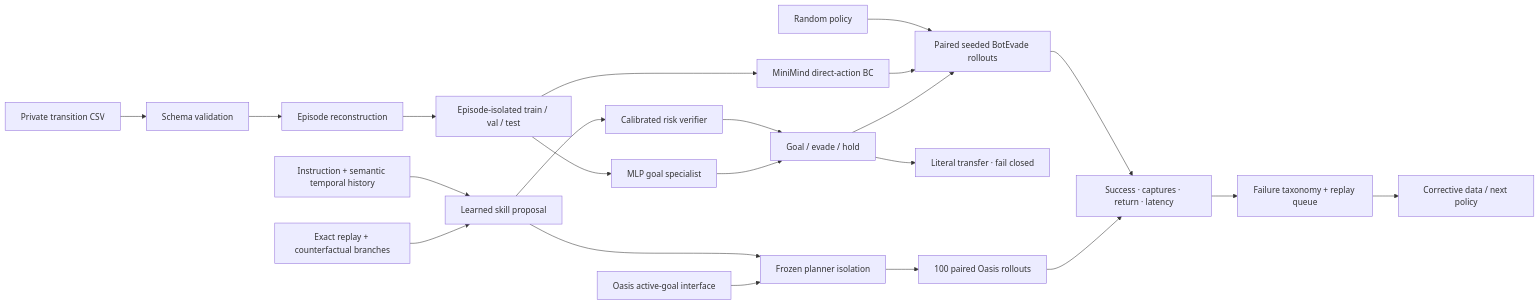
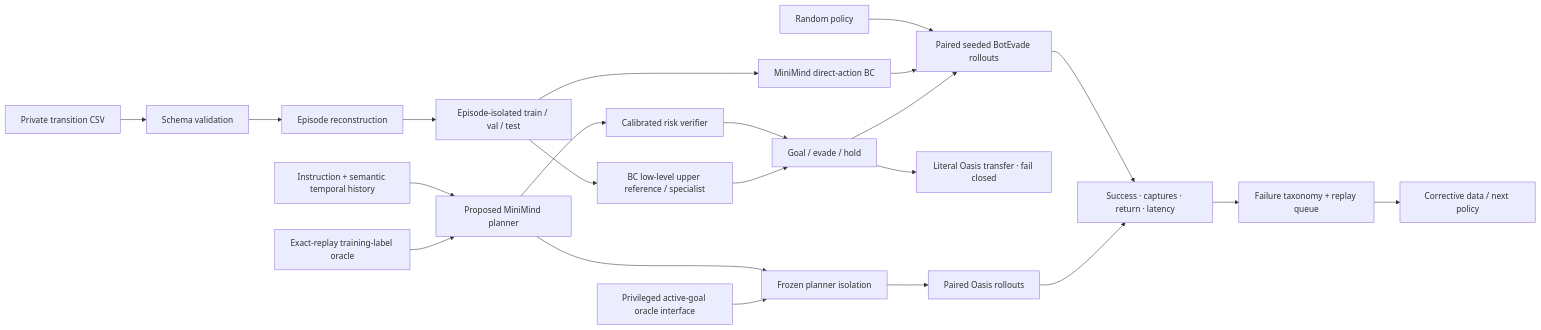
The diagram in mouse_llm/README.md (hanshuo-shuo/MouseMind), drawn with Mermaid before and after one commit. The commit also changed other lines of this file and 16 other files, not shown here.

Commit message:
feat: position MiniMind hierarchy with alignment evidence

````diff
--- a/mouse_llm/README.md
+++ b/mouse_llm/README.md
@@ -100,24 +105,24 @@
 ```mermaid
 flowchart LR
     A["Private transition CSV"] --> B["Schema validation"]
     B --> C["Episode reconstruction"]
     C --> D["Episode-isolated train / val / test"]
     D --> E["MiniMind direct-action BC"]
-    D --> F["MLP goal specialist"]
-    I["Instruction + semantic temporal history"] --> P["Learned skill proposal"]
-    C2["Exact replay + counterfactual branches"] --> P
+    D --> F["BC low-level upper reference / specialist"]
+    I["Instruction + semantic temporal history"] --> P["Proposed MiniMind planner"]
+    C2["Exact-replay training-label oracle"] --> P
     P --> V["Calibrated risk verifier"]
     V --> Q["Goal / evade / hold"]
     F --> Q
     G["Random policy"] --> H["Paired seeded BotEvade rollouts"]
     E --> H
     Q --> H
-    Q --> T["Literal transfer · fail closed"]
+    Q --> T["Literal Oasis transfer · fail closed"]
     P --> U["Frozen planner isolation"]
-    R["Oasis active-goal interface"] --> U
-    U --> O["100 paired Oasis rollouts"]
+    R["Privileged active-goal oracle interface"] --> U
+    U --> O["Paired Oasis rollouts"]
     H --> J["Success · captures · return · latency"]
     O --> J
     J --> K["Failure taxonomy + replay queue"]
     K --> L["Corrective data / next policy"]
 ```
````
